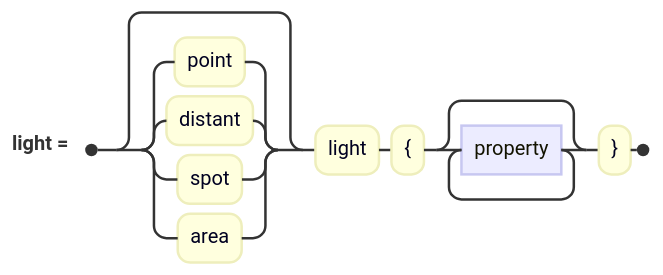
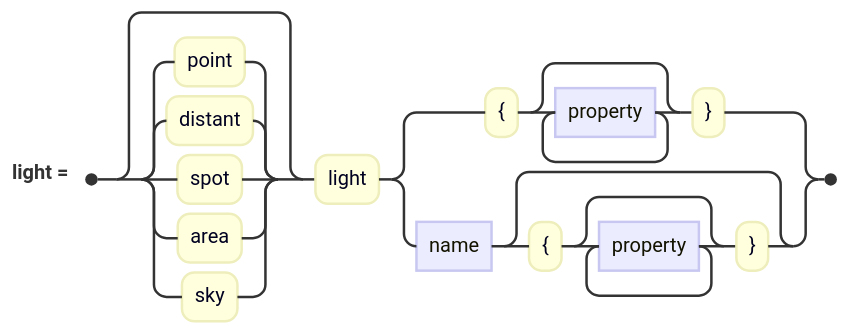
One commit to jskress/RayTracer changed the diagram in docs/diagrams/lights/lightClause.mmd. Above: the diagram before and after it, drawn with Mermaid. The commit also changed 62 other files, not shown here.

First line of the commit message:
A syntax diagram for every block

```diff
--- a/docs/diagrams/lights/lightClause.mmd
+++ b/docs/diagrams/lights/lightClause.mmd
@@ -1,4 +1,5 @@
 railroad-ebnf-beta
 title "Lights"
 
-light = [ "point" | "distant" | "spot" | "area" ] "light" "{" { property } "}" ;
+light = [ "point" | "distant" | "spot" | "area" | "sky" ] "light"
+        ( "{" { property } "}" | name [ "{" { property } "}" ] ) ;
```
